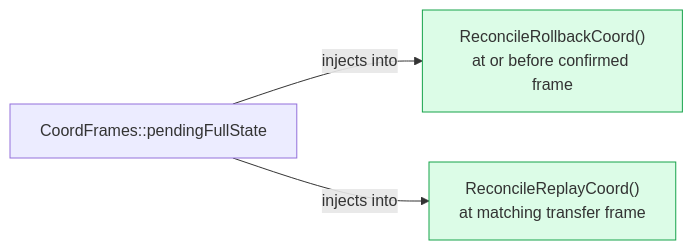
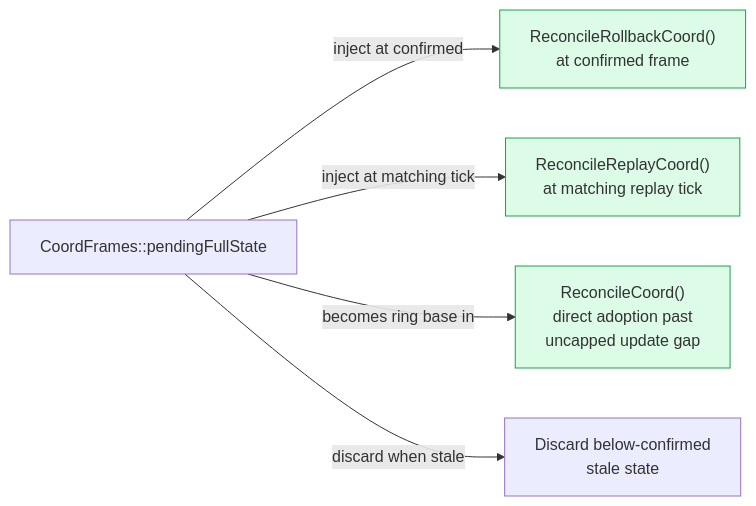
Before and after one commit to DougTanner/BrokenEnginePublic: the second of 5 diagrams in Documents/Architecture/GameReconciliation.md, drawn with Mermaid. The commit also changed other lines of this file and 383 other files, not shown here.

````diff
--- a/Documents/Architecture/GameReconciliation.md
+++ b/Documents/Architecture/GameReconciliation.md
@@ -64,13 +68,17 @@
 ```mermaid
 %%{init: {'theme': 'default'}}%%
 flowchart LR
     classDef injection fill:#dcfce7,stroke:#16a34a
 
     PFS["CoordFrames::pendingFullState"]
 
-    PRE["ReconcileRollbackCoord()<br/>at or before confirmed frame"]:::injection
-    MAIN["ReconcileReplayCoord()<br/>at matching transfer frame"]:::injection
+    PRE["ReconcileRollbackCoord()<br/>at confirmed frame"]:::injection
+    MAIN["ReconcileReplayCoord()<br/>at matching replay tick"]:::injection
+    GAP["ReconcileCoord()<br/>direct adoption past<br/>uncapped update gap"]:::injection
+    STALE["Discard below-confirmed<br/>stale state"]
 
-    PFS -->|"injects into"| PRE
-    PFS -->|"injects into"| MAIN
+    PFS -->|"inject at confirmed"| PRE
+    PFS -->|"inject at matching tick"| MAIN
+    PFS -->|"becomes ring base in"| GAP
+    PFS -->|"discard when stale"| STALE
 ```
````
